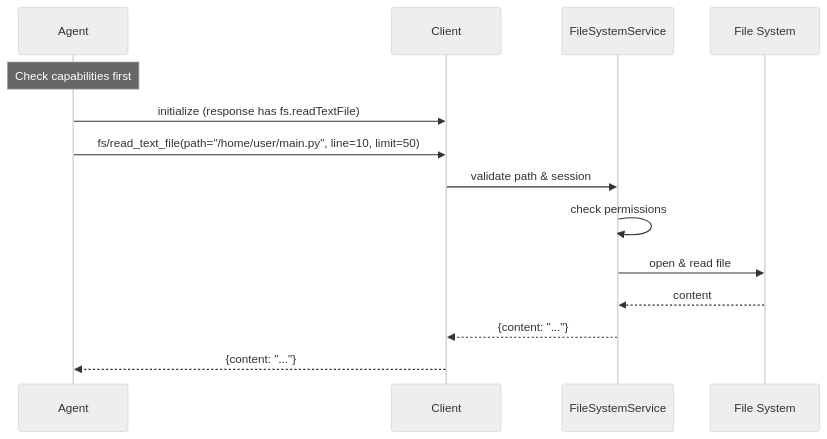
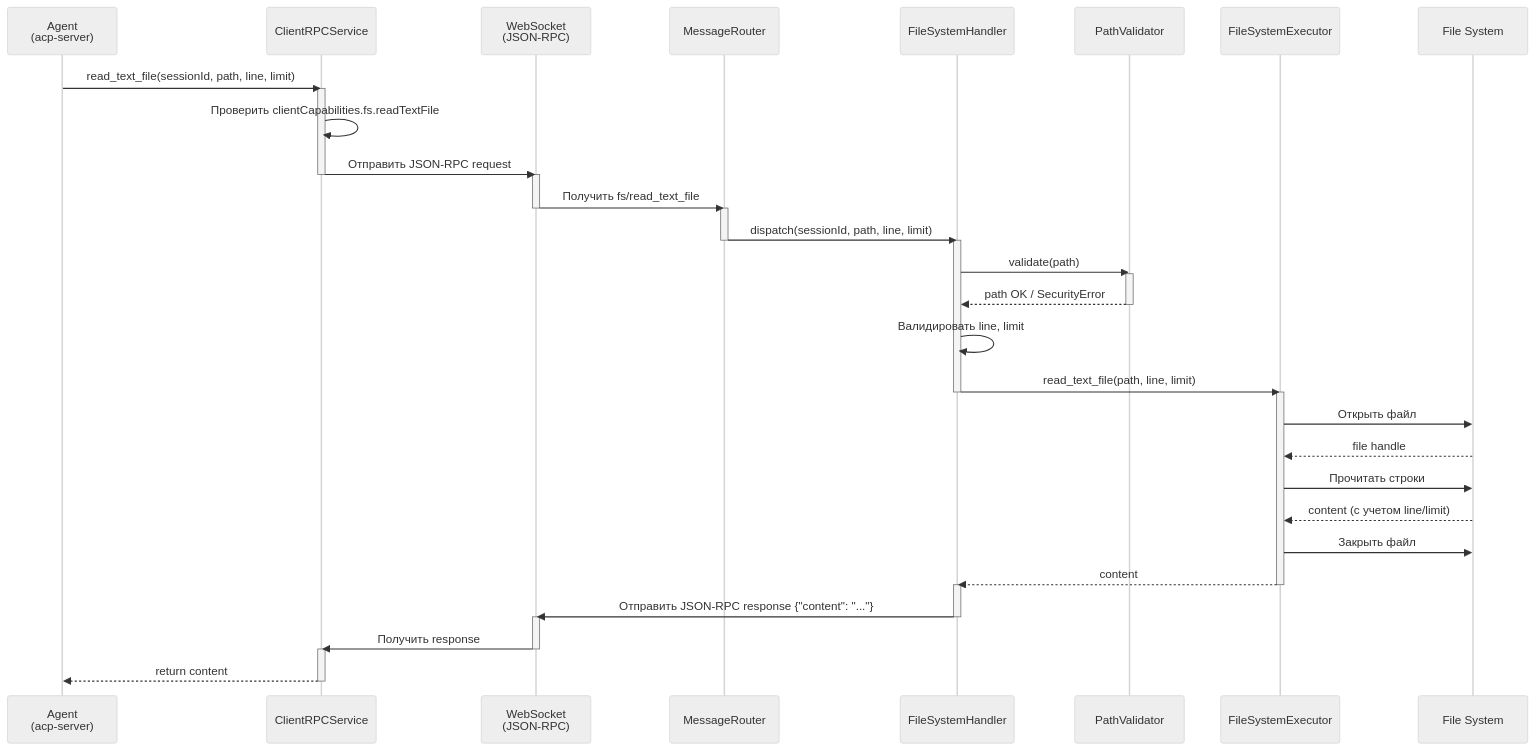
The second of 6 diagrams in doc/architecture/CLIENT_METHODS_ARCHITECTURE.md (pese-git/acp-workspace), drawn with Mermaid (neutral theme) before and after one commit. The commit also changed other lines of this file, not shown here.

Commit message:
docs: переписано CLIENT_METHODS_ARCHITECTURE.md с исправленной архитектурой (Agent→Client RPC)

````diff
--- a/doc/architecture/CLIENT_METHODS_ARCHITECTURE.md
+++ b/doc/architecture/CLIENT_METHODS_ARCHITECTURE.md
@@ -1467,18 +1445,62 @@
 ```mermaid
 sequenceDiagram
-    participant Agent as Agent
-    participant Client as Client
-    participant FileSvc as FileSystemService
+    participant Agent as Agent<br/>(acp-server)
+    participant RPC as ClientRPCService
+    participant Transport as WebSocket<br/>(JSON-RPC)
+    participant Router as MessageRouter
+    participant Handler as FileSystemHandler
+    participant Validator as PathValidator
+    participant Executor as FileSystemExecutor
     participant FS as File System
     
-    Note over Agent: Check capabilities first
-    Agent->>Client: initialize (response has fs.readTextFile)
+    Agent->>RPC: read_text_file(sessionId, path, line, limit)
     
-    Agent->>Client: fs/read_text_file(path="/home/user/main.py", line=10, limit=50)
-    Client->>FileSvc: validate path & session
-    FileSvc->>FileSvc: check permissions
-    FileSvc->>FS: open & read file
-    FS-->>FileSvc: content
-    FileSvc-->>Client: {content: "..."}
-    Client-->>Agent: {content: "..."}
+    activate RPC
+    RPC->>RPC: Проверить clientCapabilities.fs.readTextFile
+    
+    RPC->>Transport: Отправить JSON-RPC request
+    deactivate RPC
+    
+    activate Transport
+    Transport->>Router: Получить fs/read_text_file
+    deactivate Transport
+    
+    activate Router
+    Router->>Handler: dispatch(sessionId, path, line, limit)
+    deactivate Router
+    
+    activate Handler
+    Handler->>Validator: validate(path)
+    
+    activate Validator
+    Validator-->>Handler: path OK / SecurityError
+    deactivate Validator
+    
+    Handler->>Handler: Валидировать line, limit
+    
+    Handler->>Executor: read_text_file(path, line, limit)
+    deactivate Handler
+    
+    activate Executor
+    Executor->>FS: Открыть файл
+    FS-->>Executor: file handle
+    
+    Executor->>FS: Прочитать строки
+    FS-->>Executor: content (с учетом line/limit)
+    
+    Executor->>FS: Закрыть файл
+    Executor-->>Handler: content
+    deactivate Executor
+    
+    activate Handler
+    Handler->>Transport: Отправить JSON-RPC response {"content": "..."}
+    deactivate Handler
+    
+    activate Transport
+    Transport->>RPC: Получить response
+    deactivate Transport
+    
+    activate RPC
+    RPC-->>Agent: return content
+    deactivate RPC
 ```
````
